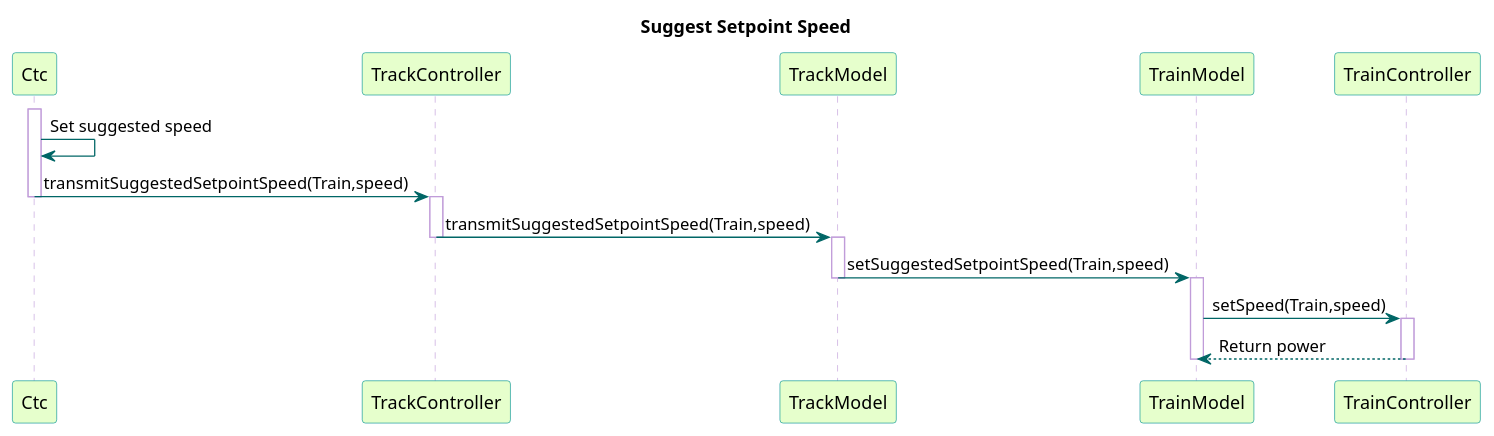
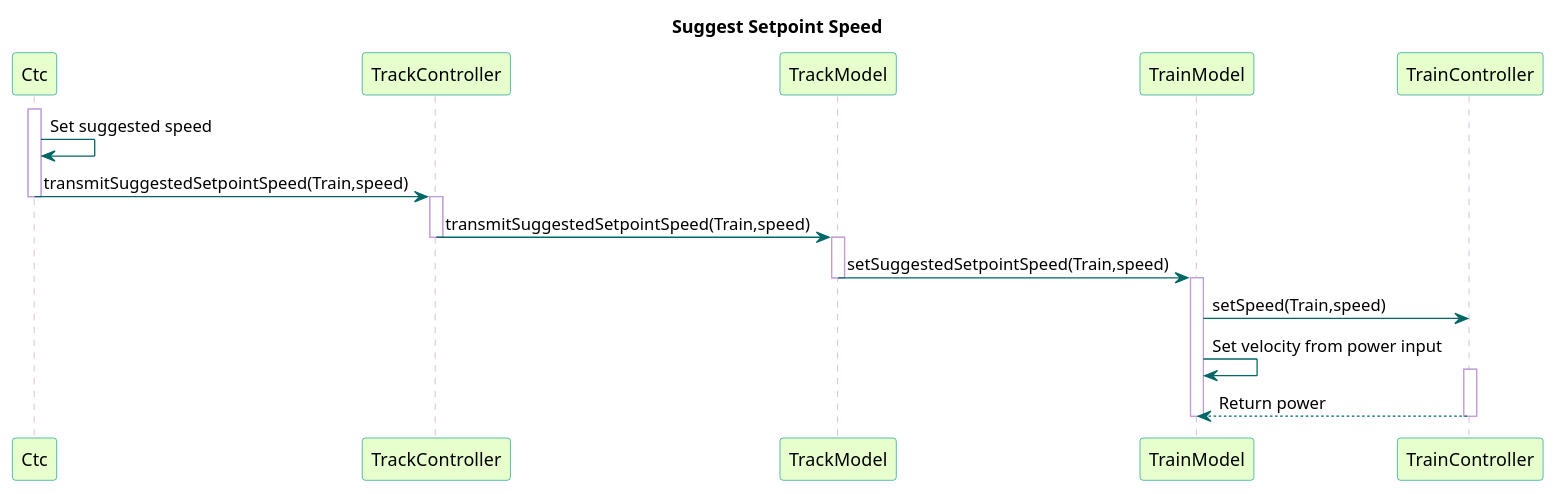
One commit to kevingilboy/COE1186 changed the diagram in TrainSystem/yUML/Sequence Diagrams/Overall/SuggestSetPointSpeed.pu. Above: the diagram before and after it, drawn with PlantUML.

Commit message:
Small change to Overall Sequence Diagram for SuggestSetPointSpeed

```diff
--- a/TrainSystem/yUML/Sequence Diagrams/Overall/SuggestSetPointSpeed.pu
+++ b/TrainSystem/yUML/Sequence Diagrams/Overall/SuggestSetPointSpeed.pu
@@ -1,41 +1,42 @@
 @startuml
 
 title Suggest Setpoint Speed
 
 skinparam sequence {
   BackgroundColor transparent
   ParticipantBackgroundColor #e6ffcc
   ParticipantBorderColor 	#049595
   PackageBorderCOlor  #049595
   ArrowColor #006666
   LifeLineBorderColor #c09cd9
 }
 
 participant Ctc
 participant TrackController
 participant TrackModel
 participant TrainModel
 
 activate Ctc
 Ctc -> Ctc : Set suggested speed
 Ctc -> TrackController : transmitSuggestedSetpointSpeed(Train,speed)
 deactivate Ctc
 
 activate TrackController
 TrackController -> TrackModel : transmitSuggestedSetpointSpeed(Train,speed)
 deactivate TrackController
 
 activate TrackModel
 TrackModel -> TrainModel : setSuggestedSetpointSpeed(Train,speed)
 deactivate TrackModel
 
 activate TrainModel
 TrainModel -> TrainController : setSpeed(Train,speed)
+TrainModel -> TrainModel : Set velocity from power input
 
 activate TrainController
 TrainController --> TrainModel : Return power
 deactivate TrainController
 
 deactivate TrainModel
 
 @enduml
```
